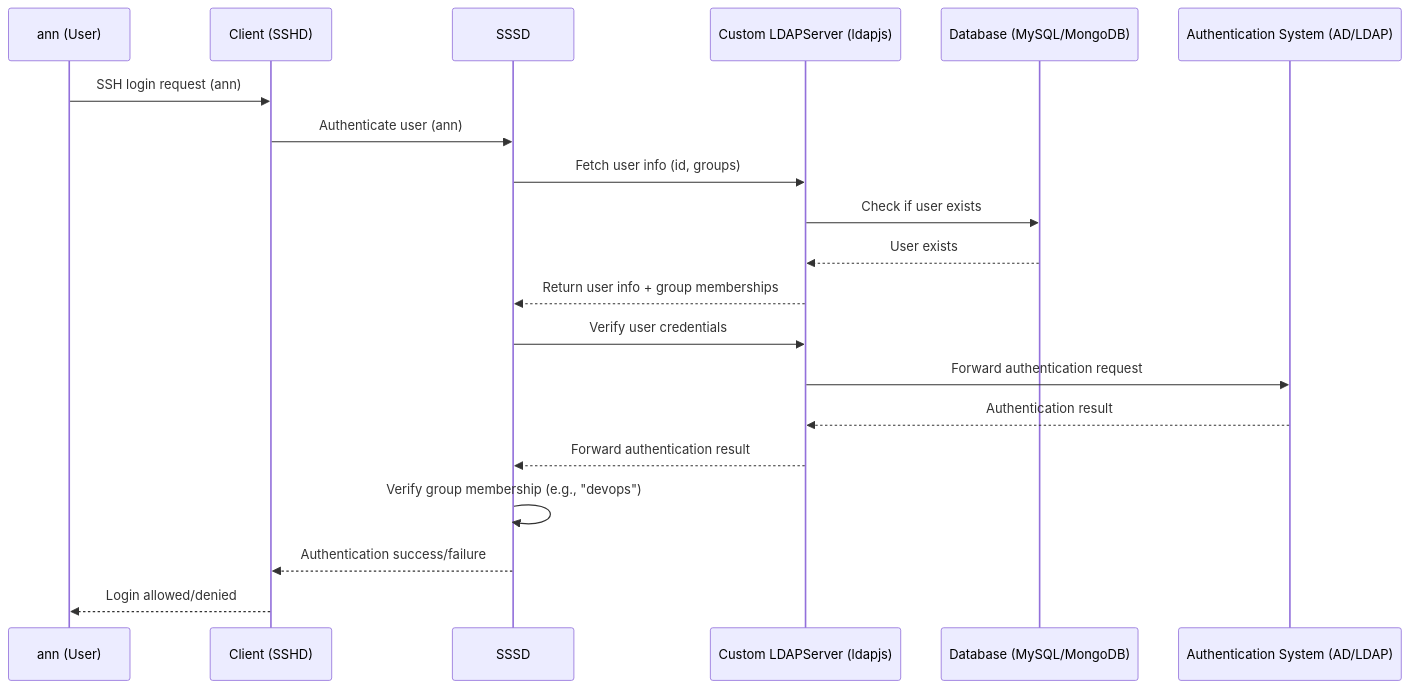
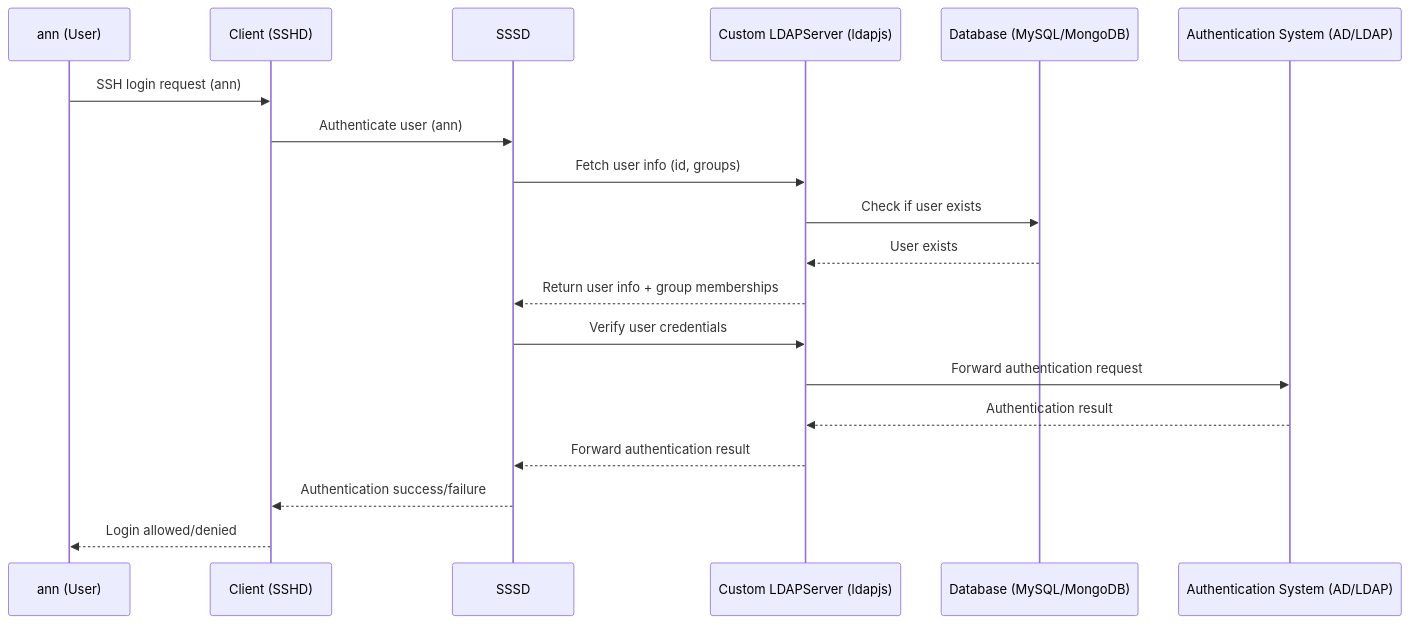
Before and after one commit to mieweb/LDAPServer: the second of 3 diagrams in README.md, drawn with Mermaid. The commit also changed other lines of this file, not shown here.

Commit message:
Update mermaid diagram

````diff
--- a/README.md
+++ b/README.md
@@ -158,29 +157,28 @@
 ```mermaid
 sequenceDiagram
     participant User as ann (User)
     participant Client as Client (SSHD)
     participant SSSD as SSSD
     participant CustomLDAP as Custom LDAPServer (ldapjs)
     participant DB as Database (MySQL/MongoDB)
     participant AuthSys as Authentication System (AD/LDAP)
     
     User->>Client: SSH login request (ann)
     Client->>SSSD: Authenticate user (ann)
     
     %% User information lookup
     SSSD->>CustomLDAP: Fetch user info (id, groups)
     CustomLDAP->>DB: Check if user exists
     DB-->>CustomLDAP: User exists
     CustomLDAP-->>SSSD: Return user info + group memberships
     
     %% Password verification via your custom LDAP server connecting to auth system
     SSSD->>CustomLDAP: Verify user credentials
     CustomLDAP->>AuthSys: Forward authentication request
     AuthSys-->>CustomLDAP: Authentication result
     CustomLDAP-->>SSSD: Forward authentication result
     
     %% Group membership and final authorization
-    SSSD->>SSSD: Verify group membership (e.g., "devops")
     SSSD-->>Client: Authentication success/failure
     Client-->>User: Login allowed/denied
 ```
````
